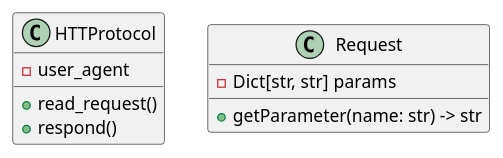
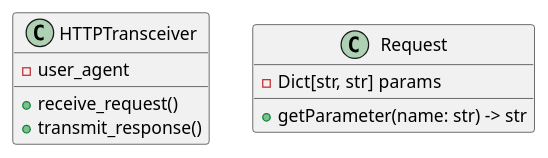
Before and after one commit to vug/design-studies: the diagram in design/class.wsd, drawn with PlantUML. The commit also changed 7 other files, not shown here.

```diff
--- a/design/class.wsd
+++ b/design/class.wsd
@@ -1,14 +1,14 @@
 @startuml Classes
 skinparam shadowing false
 
-class HTTProtocol {
+class HTTPTransceiver {
  -user_agent
- +read_request()
- +respond()
+ +receive_request()
+ +transmit_response()
 }
 
 class Request {
   -Dict[str, str] params
   +getParameter(name: str) -> str
 }
 @enduml
```
